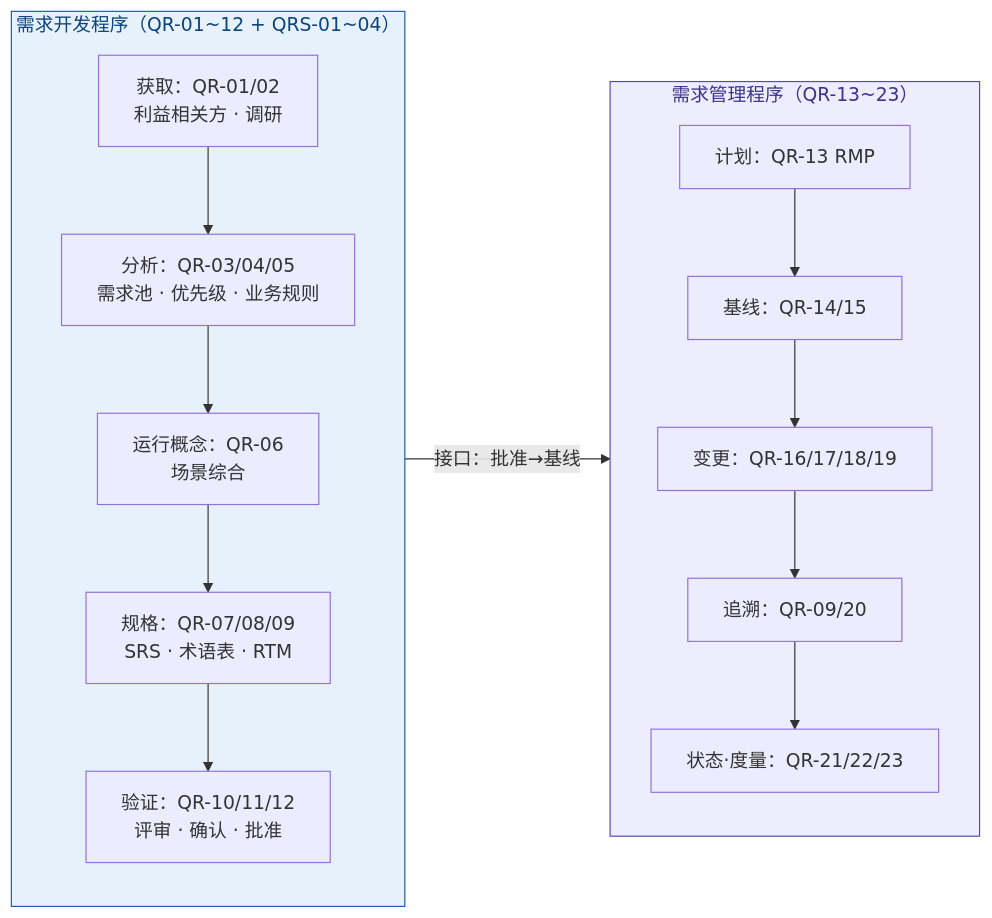
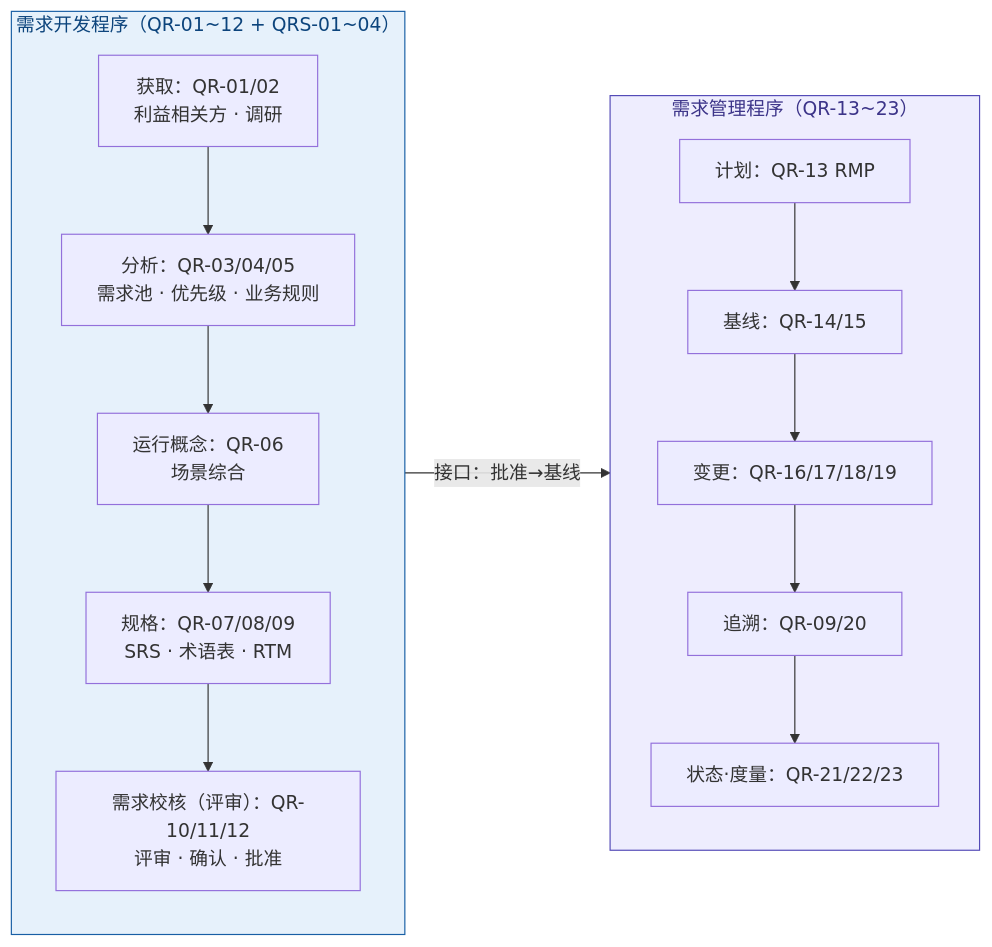
One commit to Yongjunzhou/AOS-system-design changed the ninth of 9 diagrams in 100-subprojects/01-系统工程研究/00-系统工程相关研究报告/02-需求工程概念研究报告-从需求开发到需求管理.md. Above: the diagram before and after it, drawn with Mermaid. The commit also changed other lines of this file and 21 other files, not shown here.

````diff
--- a/100-subprojects/01-系统工程研究/00-系统工程相关研究报告/02-需求工程概念研究报告-从需求开发到需求管理.md
+++ b/100-subprojects/01-系统工程研究/00-系统工程相关研究报告/02-需求工程概念研究报告-从需求开发到需求管理.md
@@ -326,24 +332,24 @@
 ```mermaid
 flowchart LR
     subgraph DEV["需求开发程序（QR-01~12 + QRS-01~04）"]
         direction TB
         D1["获取：QR-01/02<br/>利益相关方 · 调研"]
         D2["分析：QR-03/04/05<br/>需求池 · 优先级 · 业务规则"]
         D3["运行概念：QR-06<br/>场景综合"]
         D4["规格：QR-07/08/09<br/>SRS · 术语表 · RTM"]
-        D5["验证：QR-10/11/12<br/>评审 · 确认 · 批准"]
+        D5["需求校核（评审）：QR-10/11/12<br/>评审 · 确认 · 批准"]
         D1 --> D2 --> D3 --> D4 --> D5
     end
     subgraph MGT["需求管理程序（QR-13~23）"]
         direction TB
         M1["计划：QR-13 RMP"]
         M2["基线：QR-14/15"]
         M3["变更：QR-16/17/18/19"]
         M4["追溯：QR-09/20"]
         M5["状态·度量：QR-21/22/23"]
         M1 --> M2 --> M3 --> M4 --> M5
     end
     D5 -->|"接口：批准→基线"| M2
     style DEV fill:#E6F1FB,stroke:#185FA5,color:#0C447C
     style MGT fill:#EEEDFE,stroke:#534AB7,color:#3C3489
 ```
````
